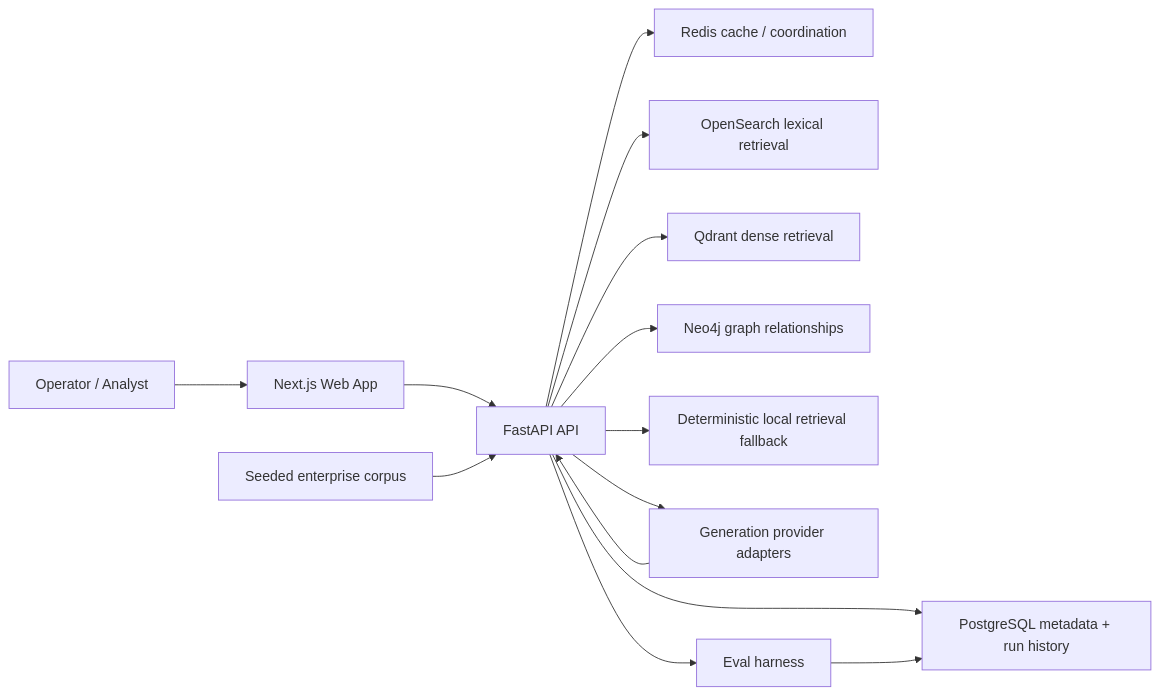
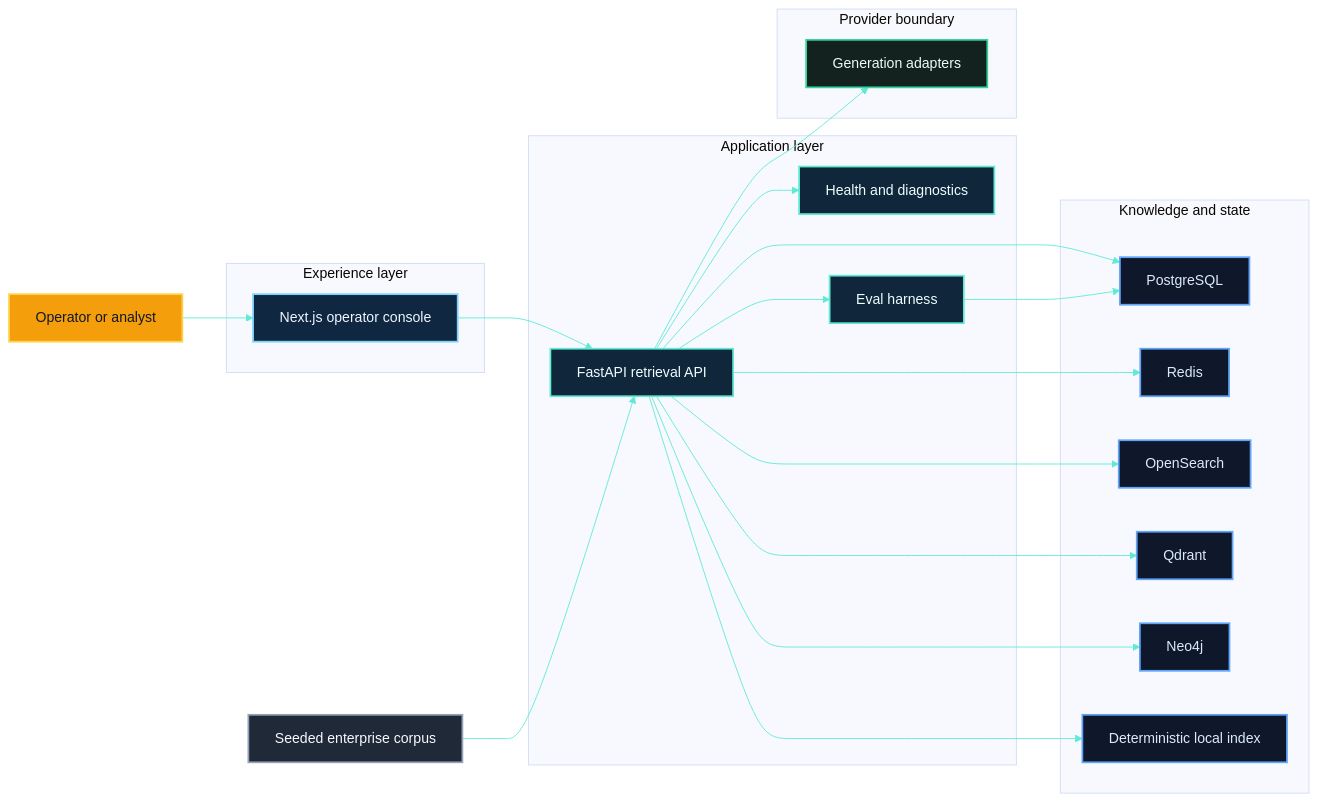
Before and after one commit to PSR94/citadel: the first of 7 diagrams in README.md, drawn with Mermaid. The commit also changed other lines of this file and 5 other files, not shown here.

Commit message:
Refresh README visuals and architecture diagrams

````diff
--- a/README.md
+++ b/README.md
@@ -59,16 +94,56 @@
 ```mermaid
+%%{init: {'theme':'base','themeVariables': {'background':'#06101a','primaryTextColor':'#d8e7f7','lineColor':'#5eead4','fontFamily':'Arial','fontSize':'16px'}}}%%
 flowchart LR
-  User["Operator / Analyst"] --> Web["Next.js Web App"]
-  Web --> API["FastAPI API"]
-  API --> PG["PostgreSQL metadata + run history"]
-  API --> Redis["Redis cache / coordination"]
-  API --> OS["OpenSearch lexical retrieval"]
-  API --> QD["Qdrant dense retrieval"]
-  API --> N4["Neo4j graph relationships"]
-  API --> Local["Deterministic local retrieval fallback"]
-  API --> Providers["Generation provider adapters"]
-  API --> Evals["Eval harness"]
-  Datasets["Seeded enterprise corpus"] --> API
-  Evals --> PG
-  Providers --> API
+  U["Operator or analyst"]
+
+  subgraph EXP["Experience layer"]
+    WEB["Next.js operator console"]
+  end
+
+  subgraph APP["Application layer"]
+    API["FastAPI retrieval API"]
+    OBS["Health and diagnostics"]
+    EVAL["Eval harness"]
+  end
+
+  subgraph DATA["Knowledge and state"]
+    PG["PostgreSQL"]
+    REDIS["Redis"]
+    OS["OpenSearch"]
+    QD["Qdrant"]
+    N4["Neo4j"]
+    LOCAL["Deterministic local index"]
+  end
+
+  subgraph EXT["Provider boundary"]
+    GEN["Generation adapters"]
+  end
+
+  CORP["Seeded enterprise corpus"]
+
+  U --> WEB --> API
+  API --> OBS
+  API --> EVAL
+  API --> PG
+  API --> REDIS
+  API --> OS
+  API --> QD
+  API --> N4
+  API --> LOCAL
+  API --> GEN
+  CORP --> API
+  EVAL --> PG
+
+  classDef actor fill:#f59e0b,stroke:#fcd34d,color:#111827,stroke-width:2px;
+  classDef experience fill:#0f2740,stroke:#7dd3fc,color:#eff6ff,stroke-width:2px;
+  classDef app fill:#10263a,stroke:#5eead4,color:#ecfeff,stroke-width:2px;
+  classDef data fill:#0f172a,stroke:#60a5fa,color:#dbeafe,stroke-width:2px;
+  classDef boundary fill:#13221f,stroke:#34d399,color:#ecfdf5,stroke-width:2px;
+  classDef corpus fill:#1f2937,stroke:#94a3b8,color:#f8fafc,stroke-width:2px;
+  class U actor;
+  class WEB experience;
+  class API,OBS,EVAL app;
+  class PG,REDIS,OS,QD,N4,LOCAL data;
+  class GEN boundary;
+  class CORP corpus;
 ```
````
